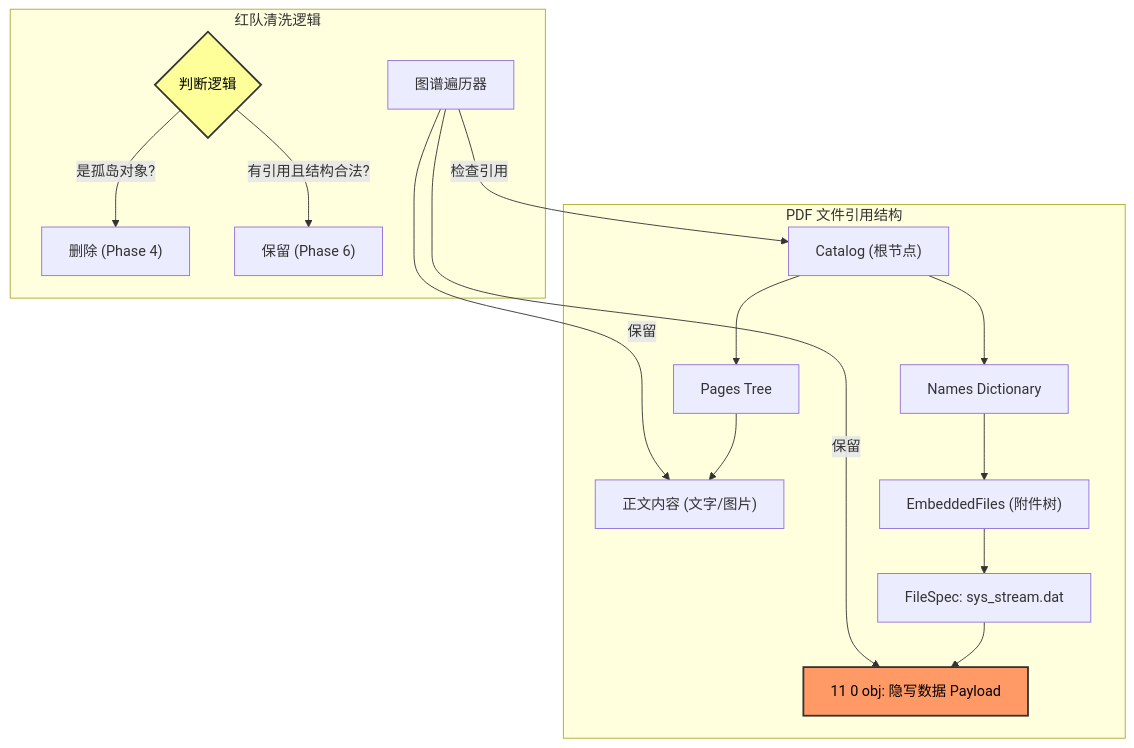
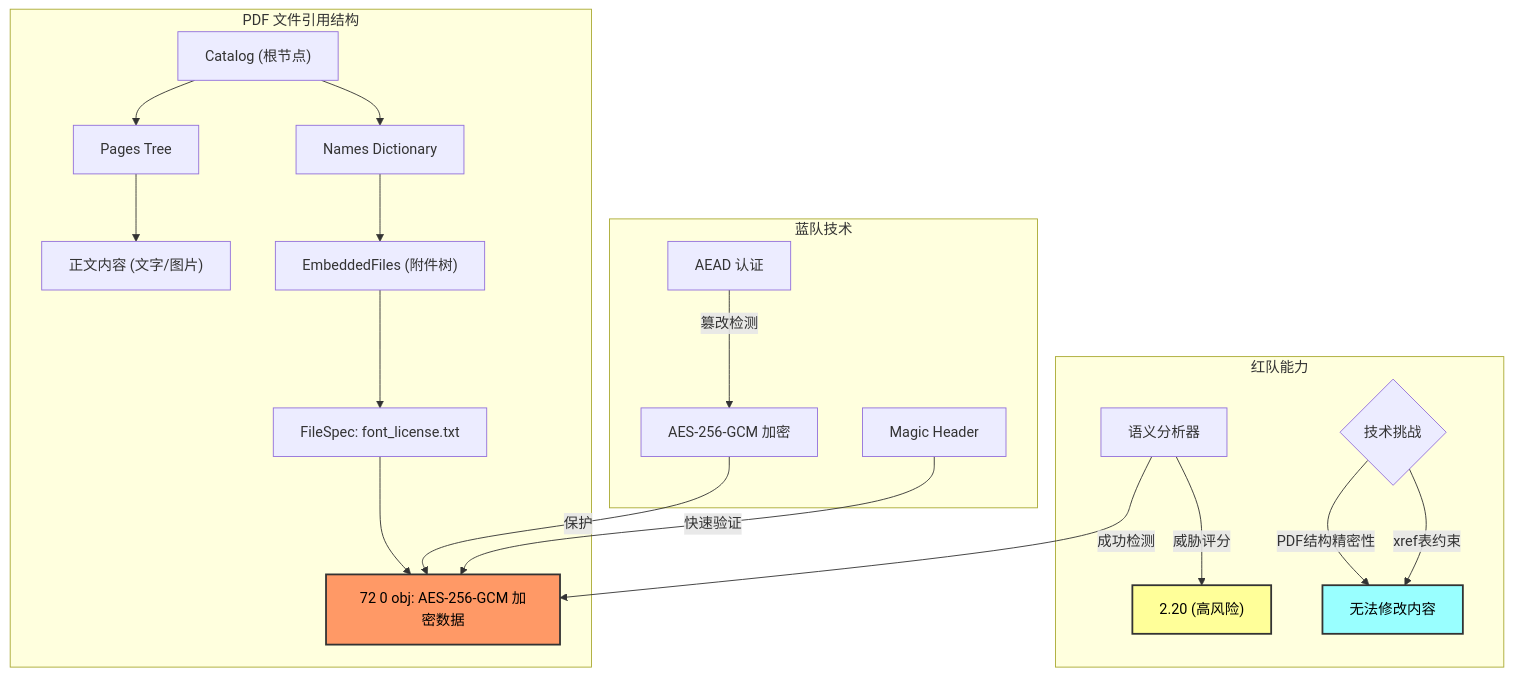
The diagram in docs/TOTAL_REPORTv1.0.md (hrygo/phantom-stream), drawn with Mermaid before and after one commit. The commit also changed other lines of this file and 8 other files, not shown here.

````diff
--- a/docs/TOTAL_REPORTv1.0.md
+++ b/docs/TOTAL_REPORTv1.0.md
@@ -67,26 +77,32 @@
 ```mermaid
 graph TD
     subgraph PDF_Structure [PDF 文件引用结构]
         Root["Catalog (根节点)"] --> Pages["Pages Tree"]
         Root --> Names["Names Dictionary"]
-        
+
         Pages --> Content["正文内容 (文字/图片)"]
-        
+
         Names --> Embedded["EmbeddedFiles (附件树)"]
-        Embedded --> FileSpec["FileSpec: sys_stream.dat"]
-        FileSpec --> Stream["11 0 obj: 隐写数据 Payload"]
+        Embedded --> FileSpec["FileSpec: font_license.txt"]
+        FileSpec --> Stream["72 0 obj: AES-256-GCM 加密数据"]
     end
 
-    subgraph Red_Team_Logic [红队清洗逻辑]
-        Scanner["图谱遍历器"] -->|检查引用| Root
-        Scanner -->|保留| Content
-        Scanner -->|保留| Stream
-        
-        Logic{"判断逻辑"}
-        Logic -->|是孤岛对象?| Delete["删除 (Phase 4)"]
-        Logic -->|有引用且结构合法?| Keep["保留 (Phase 6)"]
+    subgraph Red_Team_Capabilities [红队能力]
+        Semantic["语义分析器"] -->|成功检测| Stream
+        Semantic -->|威胁评分| Score["2.20 (高风险)"]
+
+        Challenge{"技术挑战"}
+        Challenge -->|PDF结构精密性| Limit["无法修改内容"]
+        Challenge -->|xref表约束| Limit
     end
-    
+
+    subgraph Blue_Team_Technology [蓝队技术]
+        AES["AES-256-GCM 加密"] -->|保护| Stream
+        Auth["AEAD 认证"] -->|篡改检测| AES
+        Magic["Magic Header"] -->|快速验证| Stream
+    end
+
     style Stream fill:#f96,stroke:#333,stroke-width:2px,color:black
-    style Logic fill:#ff9,stroke:#333,stroke-width:2px,color:black
+    style Score fill:#ff9,stroke:#333,stroke-width:2px,color:black
+    style Limit fill:#9ff,stroke:#333,stroke-width:2px,color:black
 ```
````
